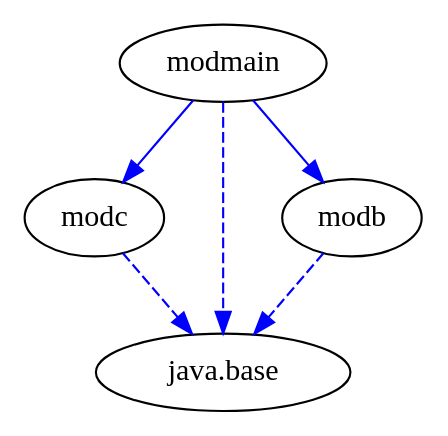
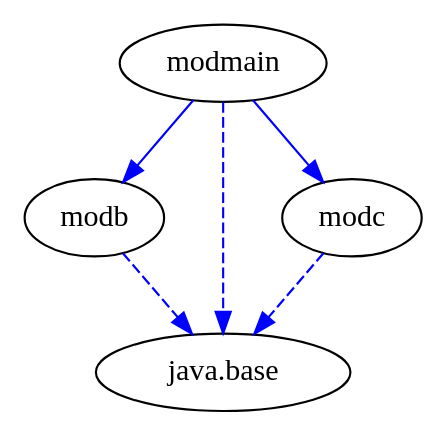
The diagram in jigsaw-examples/example_annotations/moduledependencies.dot (accso/java9-jigsaw-examples), drawn with Graphviz before and after one commit. The commit also changed 84 other files, not shown here.

Commit message:
Updated all GraphViz files (.dot and .png output)

```diff
--- a/jigsaw-examples/example_annotations/moduledependencies.dot
+++ b/jigsaw-examples/example_annotations/moduledependencies.dot
@@ -1,12 +1,12 @@
-# Created by depvis.JigsawDepVisualizer on Thu Mar 30 16:04:07 CEST 2017
+# Created by depvis.JigsawDepVisualizer on Tue Oct 10 15:14:22 CEST 2017
 digraph Java9_Dependency_Visualizer {
+modb[fontname="Consolas",shape="ellipse",label="modb"];
+java_base[fontname="Consolas",shape="ellipse",label="java.base"];
 modc[fontname="Consolas",shape="ellipse",label="modc"];
-java_base[fontname="Consolas",shape="ellipse",label="java.base"];
 modmain[fontname="Consolas",shape="ellipse",label="modmain"];
-modb[fontname="Consolas",shape="ellipse",label="modb"];
+modb -> java_base[color="#0000ff",fontname="Consolas",fontcolor="#0000ff",style="dashed",weight="16"]
 modc -> java_base[color="#0000ff",fontname="Consolas",fontcolor="#0000ff",style="dashed",weight="16"]
 modmain -> modc[color="#0000ff",fontname="Consolas",fontcolor="#0000ff",weight="8"]
 modmain -> modb[color="#0000ff",fontname="Consolas",fontcolor="#0000ff",weight="8"]
 modmain -> java_base[color="#0000ff",fontname="Consolas",fontcolor="#0000ff",style="dashed",weight="16"]
-modb -> java_base[color="#0000ff",fontname="Consolas",fontcolor="#0000ff",style="dashed",weight="16"]
 }
```
